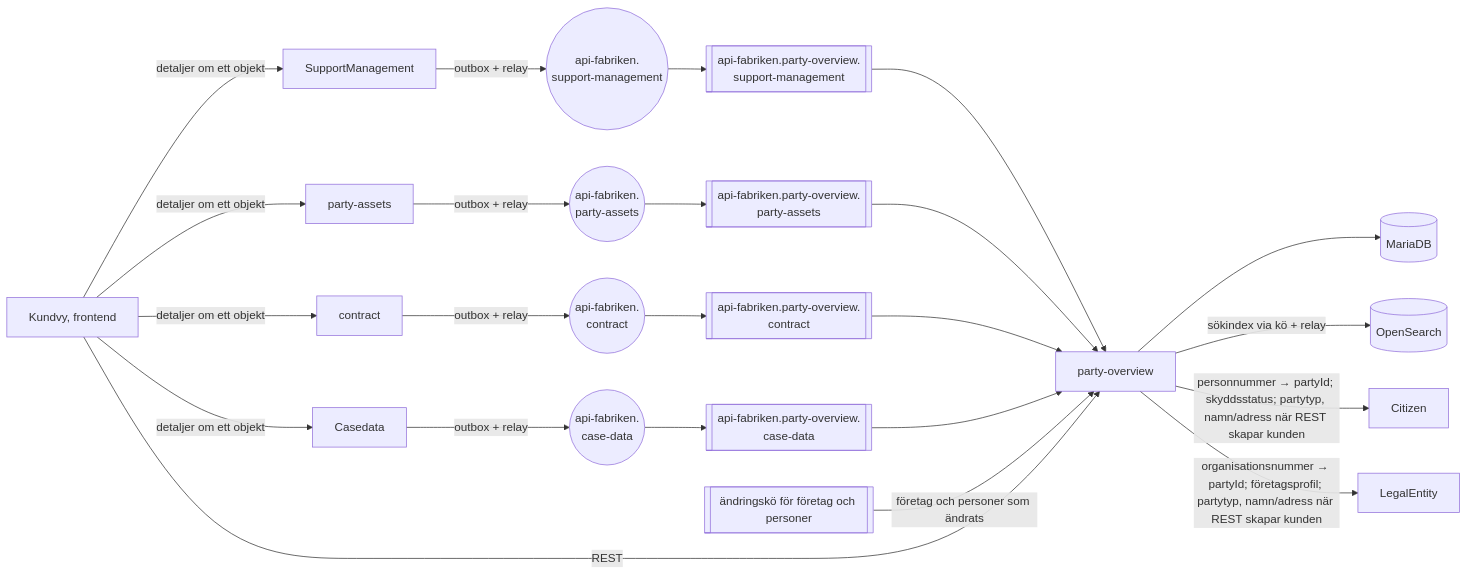
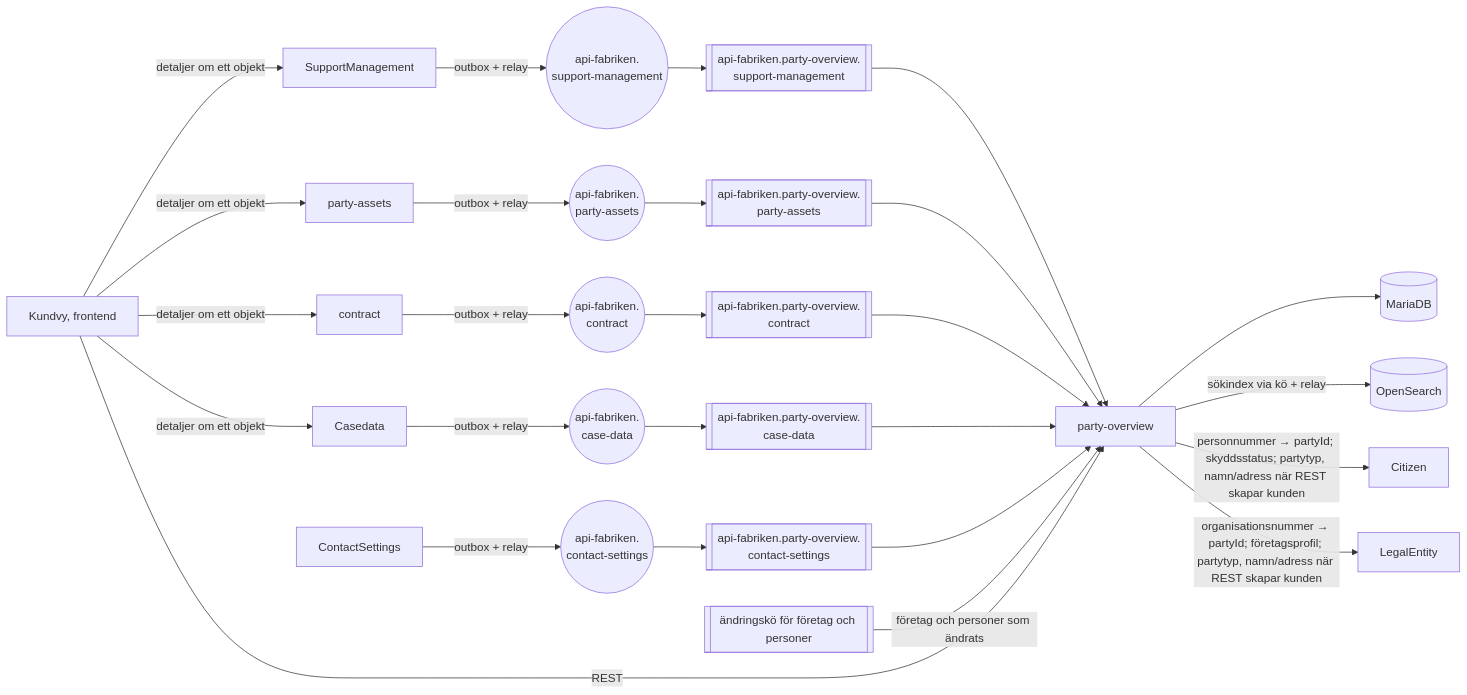
One commit to Sundsvallskommun/api-service-party-overview changed the diagram in docs/arkitektur/01-oversikt.md. Above: the diagram before and after it, drawn with Mermaid. The commit also changed 15 other files, not shown here.

````diff
--- a/docs/arkitektur/01-oversikt.md
+++ b/docs/arkitektur/01-oversikt.md
@@ -5,25 +5,28 @@
 ```mermaid
 flowchart LR
     SM[SupportManagement] -->|outbox + relay| EXSM((api-fabriken.<br/>support-management))
     PA[party-assets] -->|outbox + relay| EXPA((api-fabriken.<br/>party-assets))
     CT[contract] -->|outbox + relay| EXCT((api-fabriken.<br/>contract))
     CD[Casedata] -->|outbox + relay| EXCD((api-fabriken.<br/>case-data))
+    CS[ContactSettings] -->|outbox + relay| EXCS((api-fabriken.<br/>contact-settings))
     EXSM --> QSM[[api-fabriken.party-overview.<br/>support-management]]
     EXPA --> QPA[[api-fabriken.party-overview.<br/>party-assets]]
     EXCT --> QCT[[api-fabriken.party-overview.<br/>contract]]
     EXCD --> QCD[[api-fabriken.party-overview.<br/>case-data]]
+    EXCS --> QCS[[api-fabriken.party-overview.<br/>contact-settings]]
     QSM --> PO[party-overview]
     QPA --> PO
     QCT --> PO
     QCD --> PO
+    QCS --> PO
     QREG[[ändringskö för företag och personer]] -->|företag och personer som ändrats| PO
     PO --> DB[(MariaDB)]
     PO -->|sökindex via kö + relay| OS[(OpenSearch)]
     PO -->|personnummer → partyId; skyddsstatus; partytyp, namn/adress när REST skapar kunden| CIT[Citizen]
     PO -->|organisationsnummer → partyId; företagsprofil; partytyp, namn/adress när REST skapar kunden| LE[LegalEntity]
     FE[Kundvy, frontend] -->|REST| PO
     FE -->|detaljer om ett objekt| SM
     FE -->|detaljer om ett objekt| PA
     FE -->|detaljer om ett objekt| CT
     FE -->|detaljer om ett objekt| CD
 ```
````
